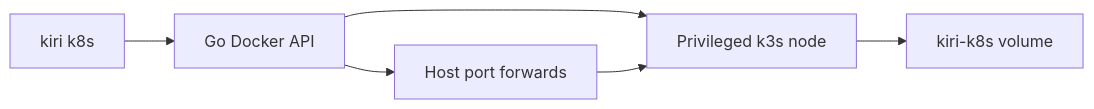
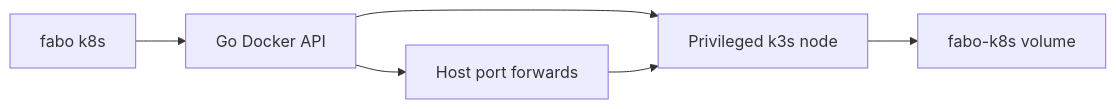
The tenth of 43 diagrams in docs/desktop-overview.md (OpenFabrica/Fabo), drawn with Mermaid before and after one commit. The commit also changed other lines of this file and 473 other files, not shown here.

First line of the commit message:
refactor: rename the project's own kiri identity to fabo

````diff
--- a/docs/desktop-overview.md
+++ b/docs/desktop-overview.md
@@ -625,8 +626,8 @@
 ```mermaid
 flowchart LR
-    CLI[kiri k8s] --> API[Go Docker API]
+    CLI[fabo k8s] --> API[Go Docker API]
     API --> Node[Privileged k3s node]
-    Node --> Volume[kiri-k8s volume]
+    Node --> Volume[fabo-k8s volume]
     API --> Relay[Host port forwards]
     Relay --> Node
 ```
````
